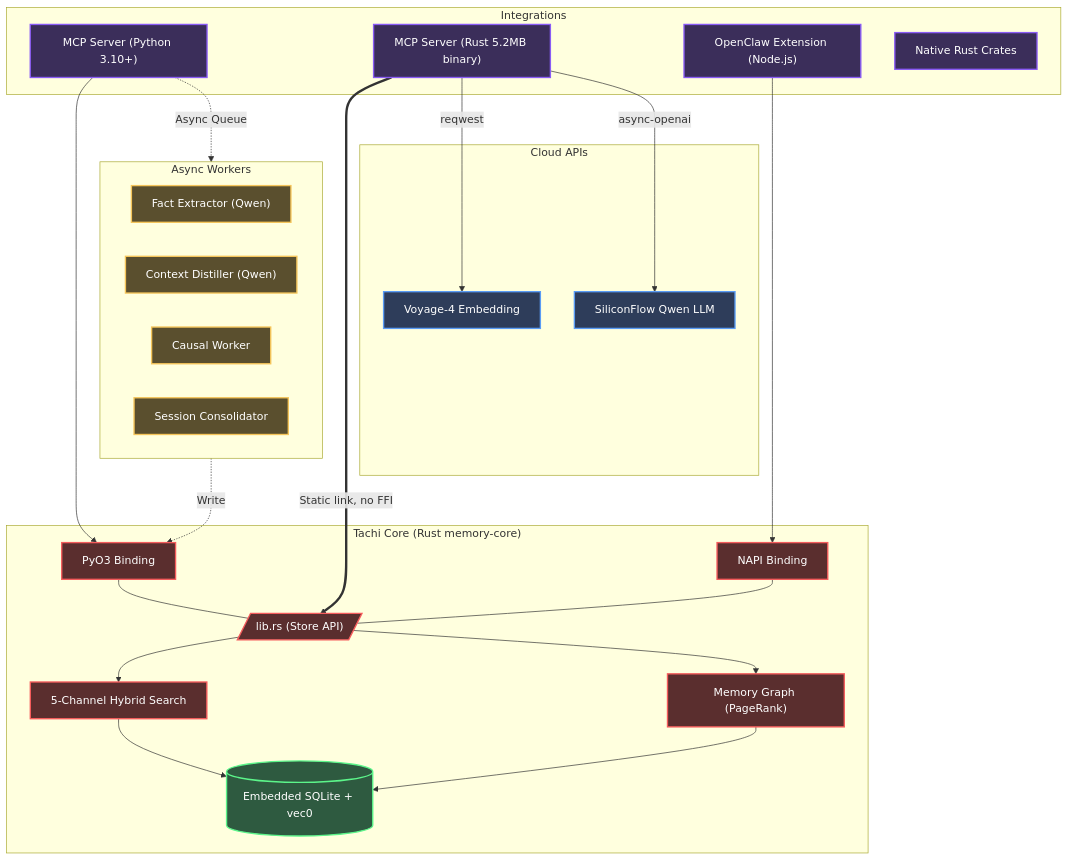
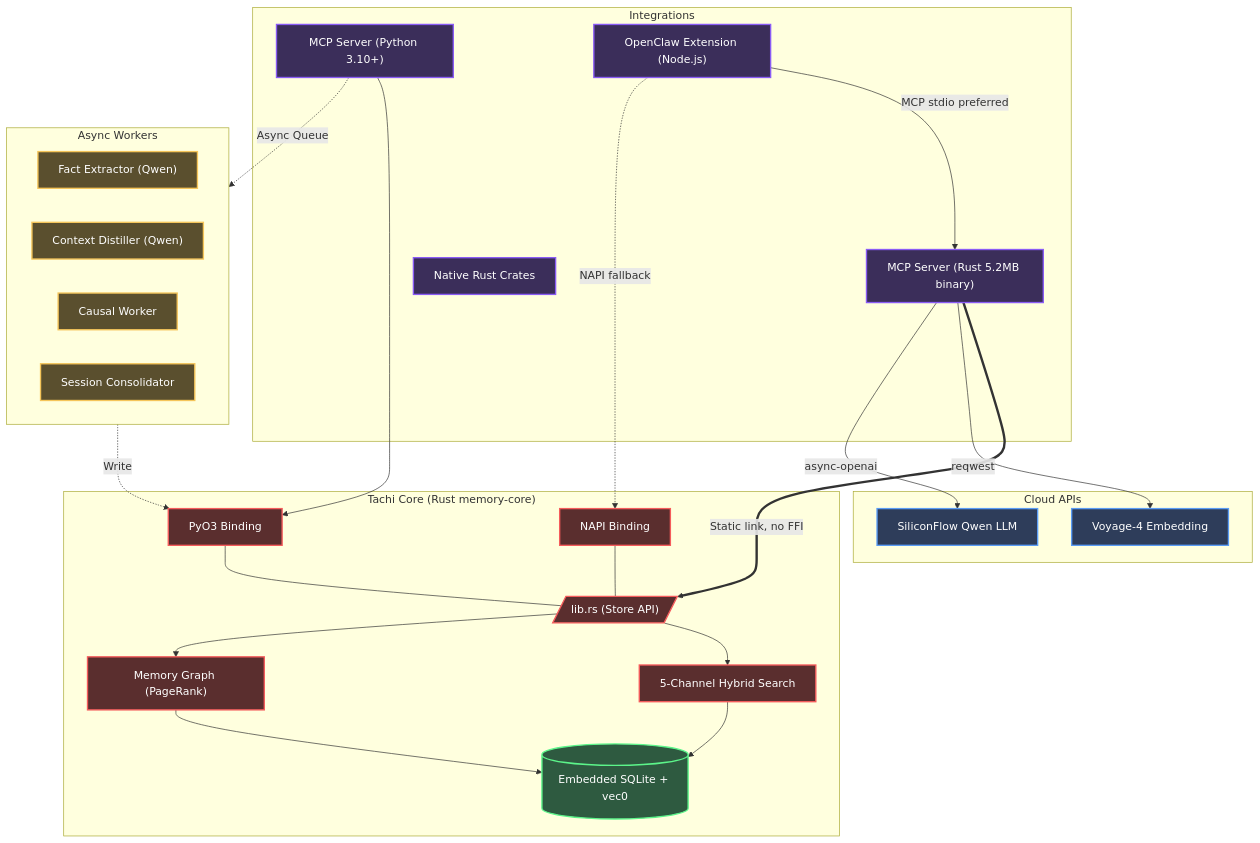
Before and after one commit to kckylechen1/tachi: the diagram in README.en.md, drawn with Mermaid. The commit also changed other lines of this file and 26 other files, not shown here.

````diff
--- a/README.en.md
+++ b/README.en.md
@@ -182,55 +189,56 @@
 ```mermaid
 graph TD
     subgraph Clients["Integrations"]
         MCP["MCP Server (Python 3.10+)"]
         RMCP["MCP Server (Rust 5.2MB binary)"]
         OC["OpenClaw Extension (Node.js)"]
         NATIVE["Native Rust Crates"]
     end
 
     subgraph Cloud["Cloud APIs"]
         VOYAGE["Voyage-4 Embedding"]
         SILICON["SiliconFlow Qwen LLM"]
     end
 
     subgraph Operations["Async Workers"]
         EXTRACT["Fact Extractor (Qwen)"]
         DISTILL["Context Distiller (Qwen)"]
         CAUSAL["Causal Worker"]
         CONSOLIDATE["Session Consolidator"]
     end
 
     subgraph Core["Tachi Core (Rust memory-core)"]
         NAPI["NAPI Binding"]
         PYO3["PyO3 Binding"]
 
         NAPI --- LIB[/"lib.rs (Store API)"/]
         PYO3 --- LIB
 
         LIB --> SEARCH["5-Channel Hybrid Search"]
         LIB --> GRAPH["Memory Graph (PageRank)"]
 
         SEARCH --> SQLITE[("Embedded SQLite + vec0")]
         GRAPH --> SQLITE
     end
 
     RMCP ==>|"Static link, no FFI"| LIB
     RMCP -->|"reqwest"| VOYAGE
     RMCP -->|"async-openai"| SILICON
     MCP --> PYO3
-    OC --> NAPI
+    OC -->|"MCP stdio preferred"| RMCP
+    OC -.->|"NAPI fallback"| NAPI
     MCP -.->|"Async Queue"| Operations
     Operations -.->|"Write"| PYO3
 
     classDef client fill:#3b2e5a,stroke:#8a5cf5,stroke-width:2px,color:#fff;
     classDef cloud fill:#2e3d5a,stroke:#5a9cf5,stroke-width:2px,color:#fff;
     classDef worker fill:#5a4f2e,stroke:#f5c55a,stroke-width:2px,color:#fff;
     classDef rust fill:#5a2e2e,stroke:#f55c5c,stroke-width:2px,color:#fff;
     classDef db fill:#2e5a40,stroke:#5cf58a,stroke-width:2px,color:#fff;
 
     class MCP,RMCP,OC,NATIVE client;
     class VOYAGE,SILICON cloud;
     class EXTRACT,DISTILL,CAUSAL,CONSOLIDATE worker;
     class NAPI,PYO3,LIB,SEARCH,GRAPH rust;
     class SQLITE db;
 ```
````
